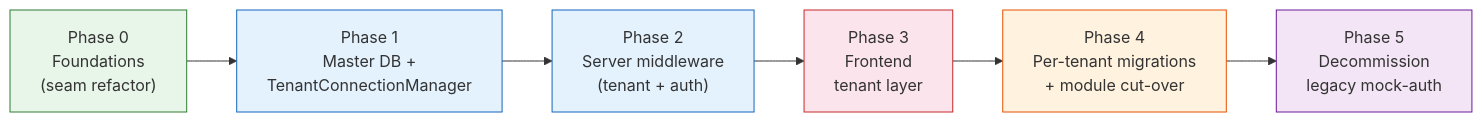
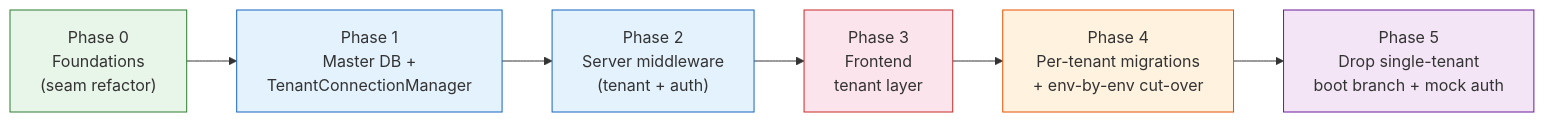
One commit to safe-lanes/TechnicalMoudle changed the fifth of 7 diagrams in docs/V2-Multi-Tenant-Approach.md. Above: the diagram before and after it, drawn with Mermaid. The commit also changed other lines of this file and 5 other files, not shown here.

````diff
--- a/docs/V2-Multi-Tenant-Approach.md
+++ b/docs/V2-Multi-Tenant-Approach.md
@@ -252,16 +252,16 @@
 ```mermaid
 flowchart LR
     P0["Phase 0<br/>Foundations<br/>(seam refactor)"] --> P1
     P1["Phase 1<br/>Master DB +<br/>TenantConnectionManager"] --> P2
     P2["Phase 2<br/>Server middleware<br/>(tenant + auth)"] --> P3
     P3["Phase 3<br/>Frontend<br/>tenant layer"] --> P4
-    P4["Phase 4<br/>Per-tenant migrations<br/>+ module cut-over"] --> P5
-    P5["Phase 5<br/>Decommission<br/>legacy mock-auth"]
+    P4["Phase 4<br/>Per-tenant migrations<br/>+ env-by-env cut-over"] --> P5
+    P5["Phase 5<br/>Drop single-tenant<br/>boot branch + mock auth"]
 
     style P0 fill:#e8f5e9,stroke:#2e7d32
     style P1 fill:#e3f2fd,stroke:#1565c0
     style P2 fill:#e3f2fd,stroke:#1565c0
     style P3 fill:#fce4ec,stroke:#c62828
     style P4 fill:#fff3e0,stroke:#e65100
     style P5 fill:#f3e5f5,stroke:#6a1b9a
 ```
````
